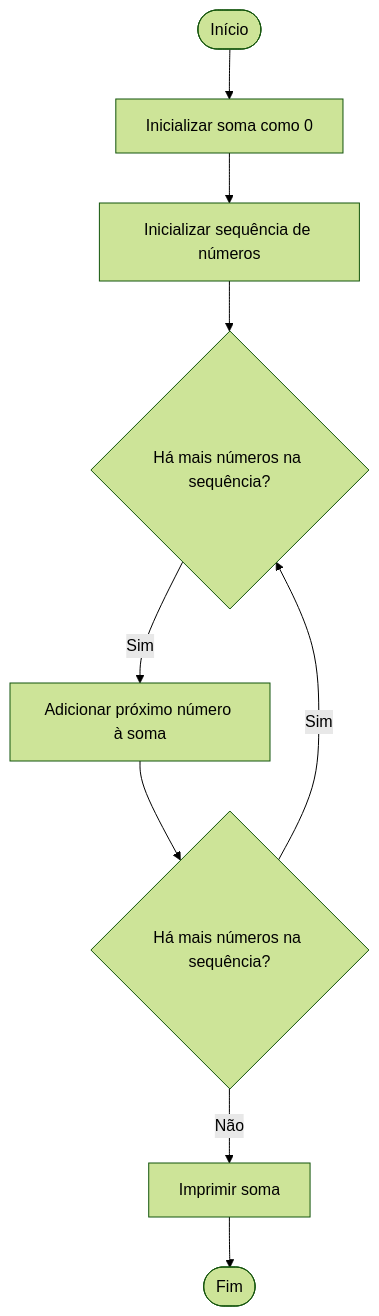
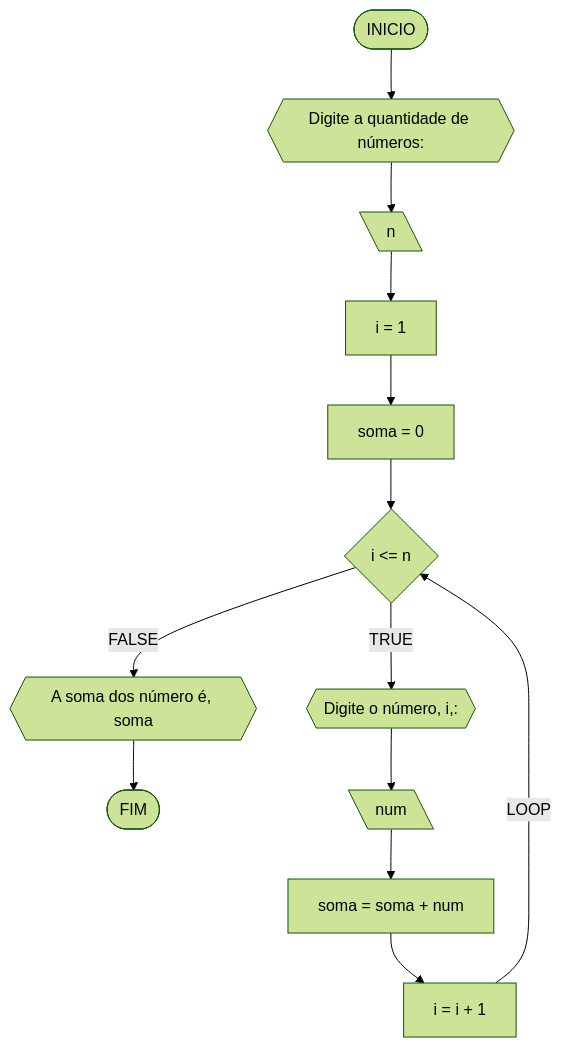
The fifth of 7 diagrams in RLA/lista de exercicio 3.md (rineesousa/unifor), drawn with Mermaid (forest theme) before and after one commit. The commit also changed other lines of this file, not shown here.

````diff
--- a/RLA/lista de exercicio 3.md
+++ b/RLA/lista de exercicio 3.md
@@ -123,11 +258,15 @@
 ```mermaid
-flowchart 
-A([Início]) --> B[Inicializar soma como 0]
-    B --> C[Inicializar sequência de números]
-    C --> D{Há mais números na sequência?}
-    D -->|Sim| E[Adicionar próximo número à soma]
-    E --> F{Há mais números na sequência?}
-    F -->|Sim| D
-    F -->|Não| G[Imprimir soma]
-    G --> H([Fim])
+flowchart TD
+A([INICIO]) --> B{{"Digite a quantidade de números:"}}
+B --> C[\n\]
+C --> D[i = 1]
+D --> E[soma = 0]
+E --> F{i <= n}
+F --FALSE--> G{{A soma dos número é, soma}}
+G --> L([FIM])
+F --TRUE--> H{{Digite o número, i,:}}
+H --> I[\num\]
+I --> J[soma = soma + num]
+J --> K[i = i + 1]
+K --LOOP--> F
 ```
````
